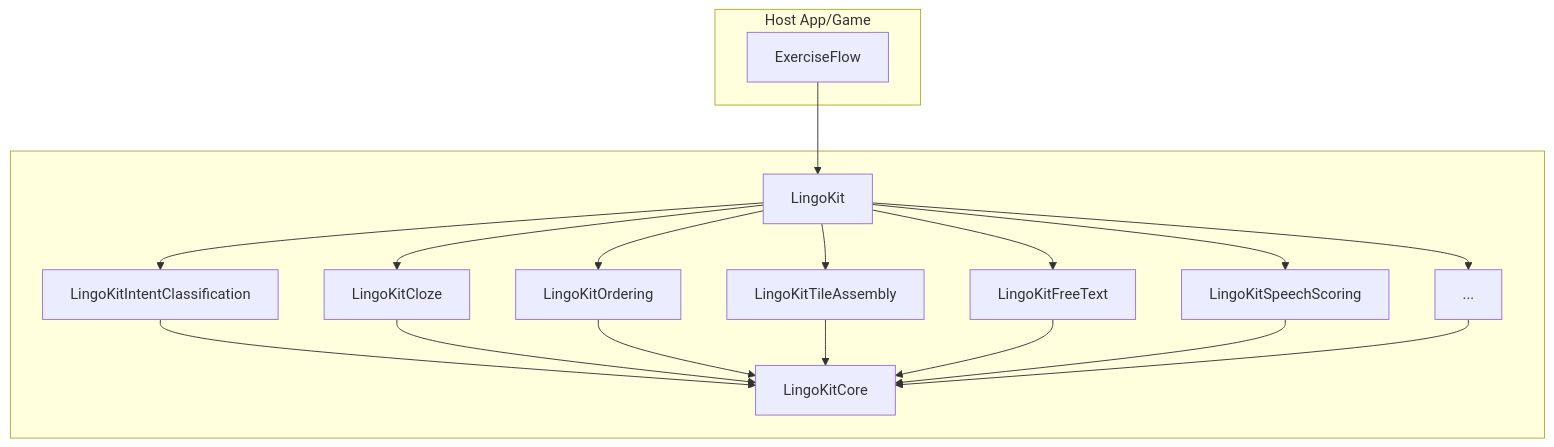
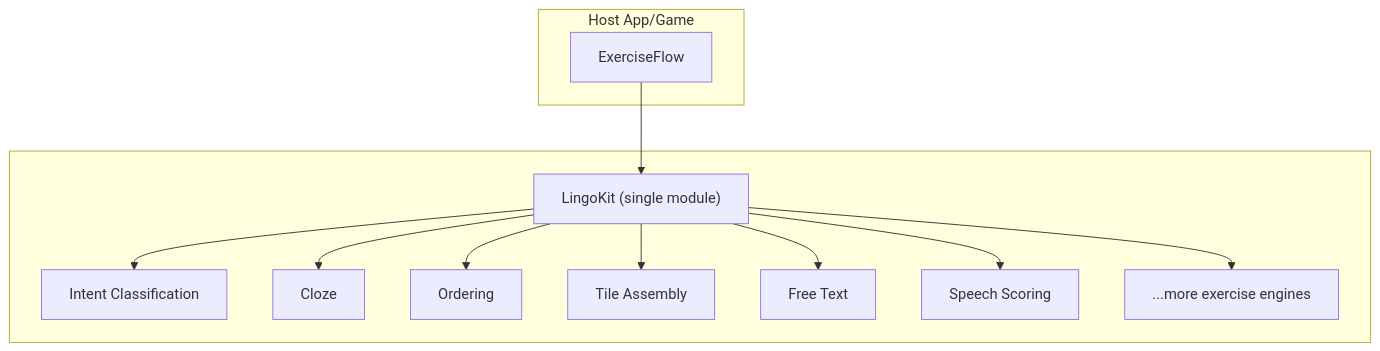
Before and after one commit to thatfactory/lingokit: the diagram in README.md, drawn with Mermaid. The commit also changed other lines of this file and 13 other files, not shown here.

Commit message:
Collapse package to single LingoKit module

````diff
--- a/README.md
+++ b/README.md
@@ -23,37 +31,27 @@
 ```mermaid
 flowchart TB
   subgraph HOST["Host App/Game"]
     FLOW["ExerciseFlow"]
   end
 
   subgraph LK[" "]
-    ALL["LingoKit"]
-    CORE["LingoKitCore"]
-
-    IC["LingoKitIntentClassification"]
-    CLOZE["LingoKitCloze"]
-    ORDER["LingoKitOrdering"]
-    TILES["LingoKitTileAssembly"]
-    FTXT["LingoKitFreeText"]
-    SPEECH["LingoKitSpeechScoring"]
-    ETC["..."]
+    ALL["LingoKit (single module)"]
+    IC["Intent Classification"]
+    CLOZE["Cloze"]
+    ORDER["Ordering"]
+    TILES["Tile Assembly"]
+    FTXT["Free Text"]
+    SPEECH["Speech Scoring"]
+    ETC["...more exercise engines"]
   end
 
   FLOW --> ALL
 
   ALL --> IC
   ALL --> CLOZE
   ALL --> ORDER
   ALL --> TILES
   ALL --> FTXT
   ALL --> SPEECH
   ALL --> ETC
-
-  IC --> CORE
-  CLOZE --> CORE
-  ORDER --> CORE
-  TILES --> CORE
-  FTXT --> CORE
-  SPEECH --> CORE
-  ETC --> CORE
 ```
````
